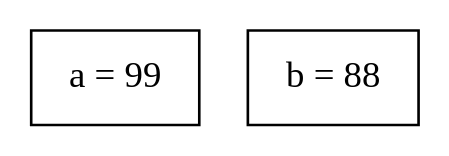
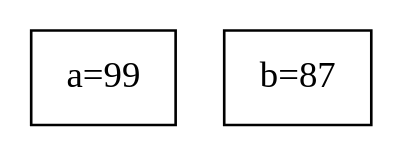
Before and after one commit to Saksham1515/AI_Code_Explainer: the diagram in flowchart/mygraph.dot, drawn with Graphviz. The commit also changed 3 other files, not shown here.

```diff
--- a/flowchart/mygraph.dot
+++ b/flowchart/mygraph.dot
@@ -1,4 +1,6 @@
 digraph G {
-    a [label="a = 99", shape=box];
-    b [label="b = 88", shape=box];
+    node[shape=box];
+    
+    a [label="a=99"];
+    b [label="b=87"];
 }
```
